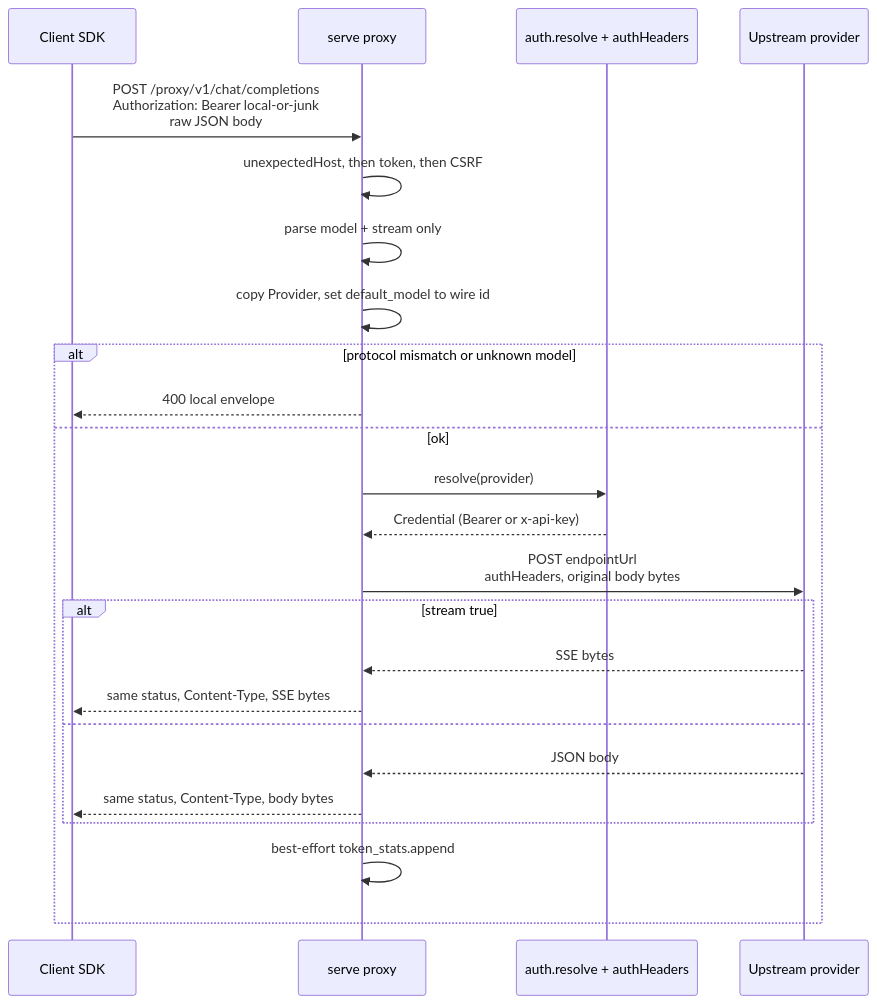
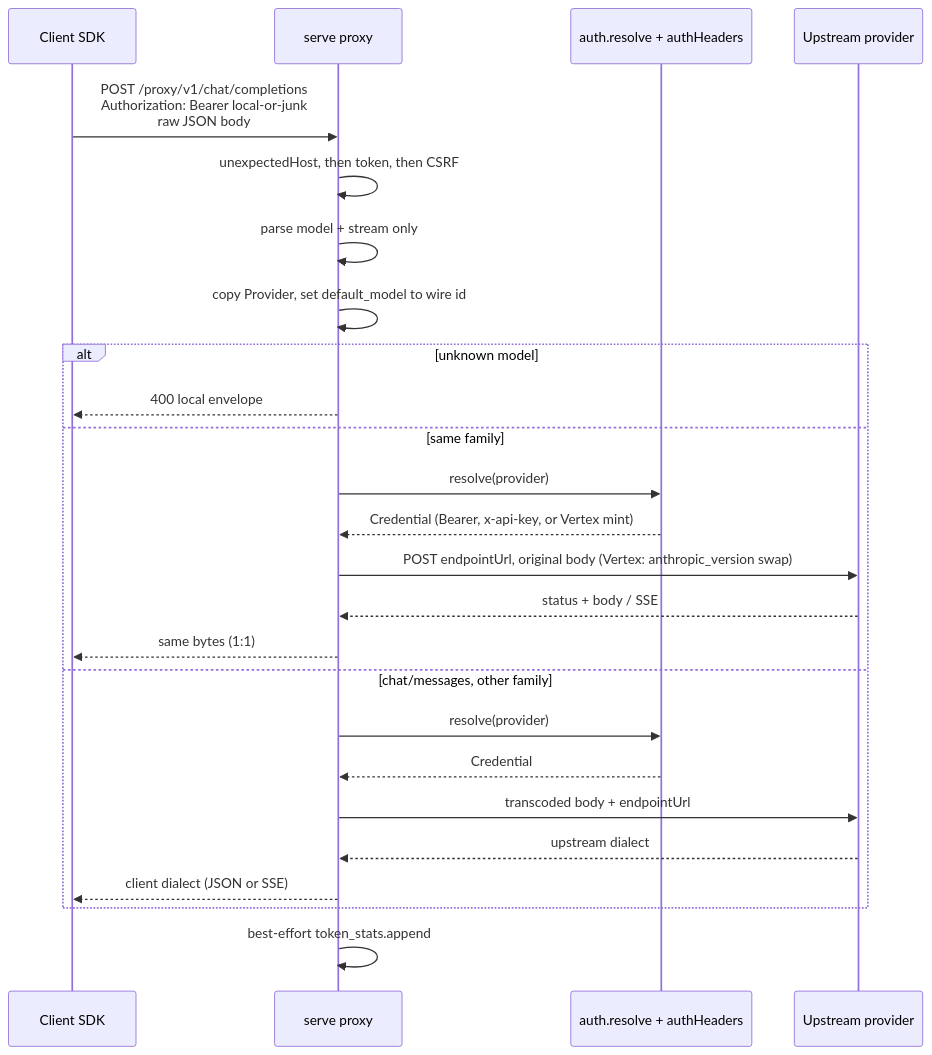
Before and after one commit to maci0/clanker: the second of 2 diagrams in docs/prds/0026-llm-proxy.md, drawn with Mermaid. The commit also changed other lines of this file and 10 other files, not shown here.

First line of the commit message:
serve: proxy transcoding across provider families (openai<->anthropic<->vertex)

````diff
--- a/docs/prds/0026-llm-proxy.md
+++ b/docs/prds/0026-llm-proxy.md
@@ -266,27 +286,28 @@
 ```mermaid
 sequenceDiagram
   participant C as Client SDK
   participant P as serve proxy
   participant A as auth.resolve + authHeaders
   participant U as Upstream provider
 
   C->>P: POST /proxy/v1/chat/completions<br/>Authorization: Bearer local-or-junk<br/>raw JSON body
   P->>P: unexpectedHost, then token, then CSRF
   P->>P: parse model + stream only
   P->>P: copy Provider, set default_model to wire id
-  alt protocol mismatch or unknown model
+  alt unknown model
     P-->>C: 400 local envelope
-  else ok
+  else same family
     P->>A: resolve(provider)
-    A-->>P: Credential (Bearer or x-api-key)
-    P->>U: POST endpointUrl<br/>authHeaders, original body bytes
-    alt stream true
-      U-->>P: SSE bytes
-      P-->>C: same status, Content-Type, SSE bytes
-    else
-      U-->>P: JSON body
-      P-->>C: same status, Content-Type, body bytes
-    end
-    P->>P: best-effort token_stats.append
+    A-->>P: Credential (Bearer, x-api-key, or Vertex mint)
+    P->>U: POST endpointUrl, original body (Vertex: anthropic_version swap)
+    U-->>P: status + body / SSE
+    P-->>C: same bytes (1:1)
+  else chat/messages, other family
+    P->>A: resolve(provider)
+    A-->>P: Credential
+    P->>U: transcoded body + endpointUrl
+    U-->>P: upstream dialect
+    P-->>C: client dialect (JSON or SSE)
   end
+  P->>P: best-effort token_stats.append
 ```
````
